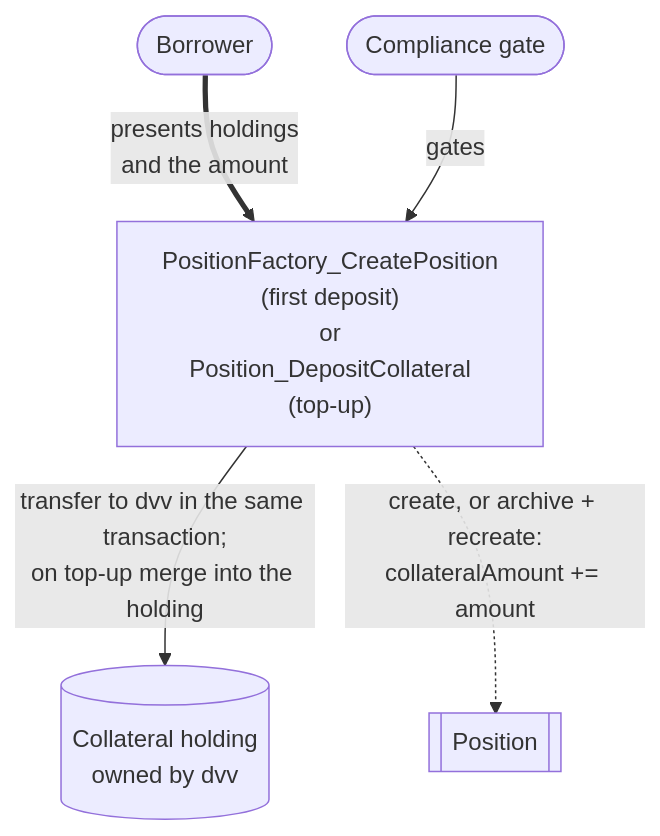
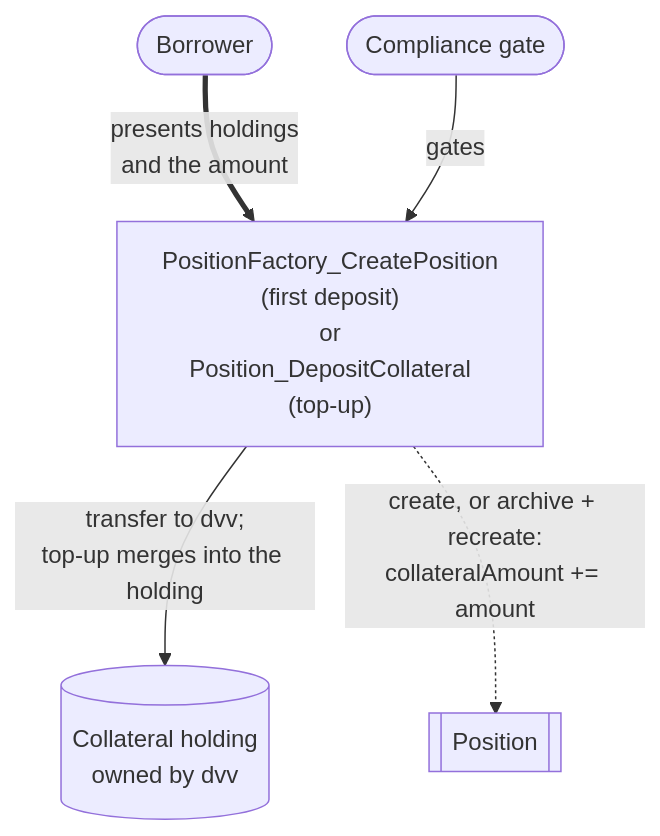
The second of 7 diagrams in docs/reference-architectures/lending.md (OpenZeppelin/canton-specs), drawn with Mermaid before and after one commit. The commit also changed other lines of this file, not shown here.

````diff
--- a/docs/reference-architectures/lending.md
+++ b/docs/reference-architectures/lending.md
@@ -281,13 +276,13 @@
 ```mermaid
 flowchart TD
     Borrower([Borrower])
     Compliance(["Compliance gate"])
     Choice["PositionFactory_CreatePosition<br/>(first deposit)<br/>or<br/>Position_DepositCollateral<br/>(top-up)"]
     Position[["Position"]]
     Collateral[("Collateral holding<br/>owned by dvv")]
 
     Borrower ==>|"presents holdings<br/>and the amount"| Choice
     Compliance -->|"gates"| Choice
-    Choice -->|"transfer to dvv in the same transaction;<br/>on top-up merge into the holding"| Collateral
+    Choice -->|"transfer to dvv;<br/>top-up merges into the holding"| Collateral
     Choice -.->|"create, or archive + recreate:<br/>collateralAmount += amount"| Position
 ```
````
